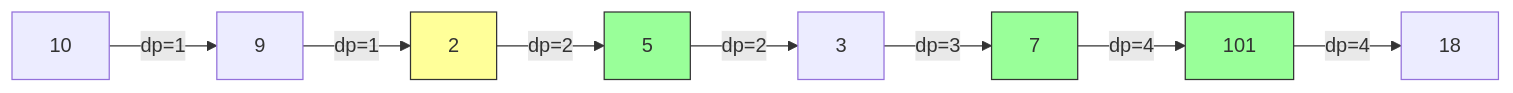
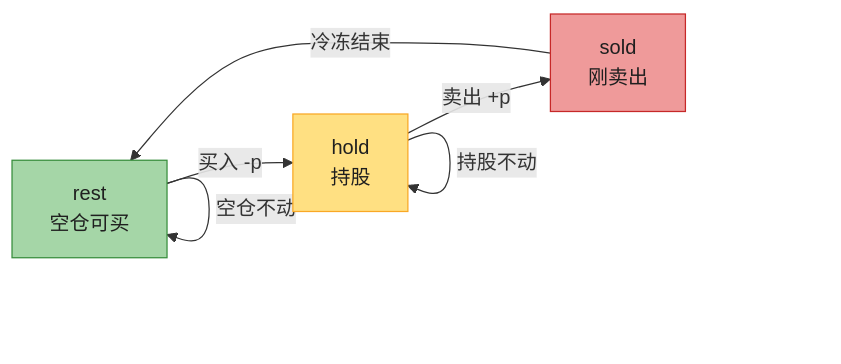
One commit to socoo123/book_reading changed the eighth of 11 diagrams in IntroductionToAlgorithms/Chapter14_动态规划_深度版.md. Above: the diagram before and after it, drawn with Mermaid. The commit also changed other lines of this file and 30 other files, not shown here.

````diff
--- a/IntroductionToAlgorithms/Chapter14_动态规划_深度版.md
+++ b/IntroductionToAlgorithms/Chapter14_动态规划_深度版.md
@@ -712,15 +880,15 @@
 ```mermaid
-graph LR
-    A["10"] -->|"dp=1"| B["9"]
-    B -->|"dp=1"| C["2"]
-    C -->|"dp=2"| D["5"]
-    D -->|"dp=2"| E["3"]
-    E -->|"dp=3"| F["7"]
-    F -->|"dp=4"| G["101"]
-    G -->|"dp=4"| H["18"]
+flowchart LR
+    rest["rest<br/>空仓可买"] -->|"买入 -p"| hold["hold<br/>持股"]
+    hold -->|"卖出 +p"| sold["sold<br/>刚卖出"]
+    sold -->|"冷冻结束"| rest
+    hold -->|"持股不动"| hold
+    rest -->|"空仓不动"| rest
 
-    style C fill:#ffff99,stroke:#333
-    style D fill:#99ff99,stroke:#333
-    style F fill:#99ff99,stroke:#333
-    style G fill:#99ff99,stroke:#333
+    classDef buyable fill:#A5D6A7,stroke:#388E3C,color:#1f1f1f
+    classDef holding fill:#FFE082,stroke:#F9A825,color:#1f1f1f
+    classDef frozen fill:#EF9A9A,stroke:#C62828,color:#1f1f1f
+    class rest buyable
+    class hold holding
+    class sold frozen
 ```
````
